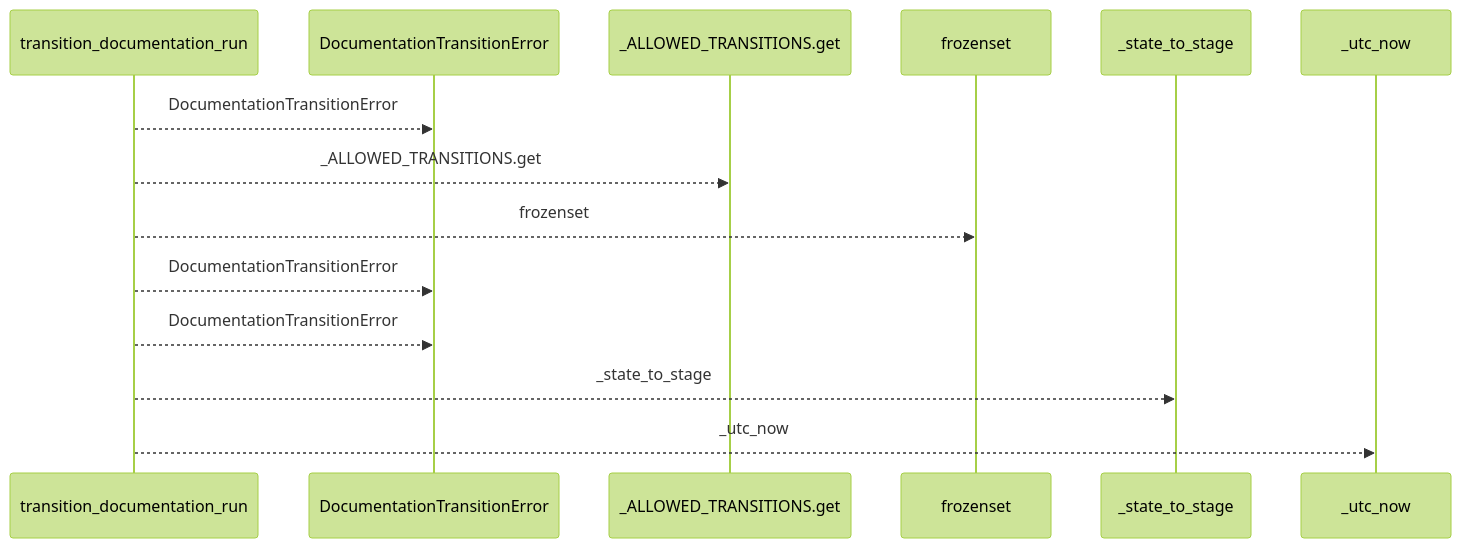
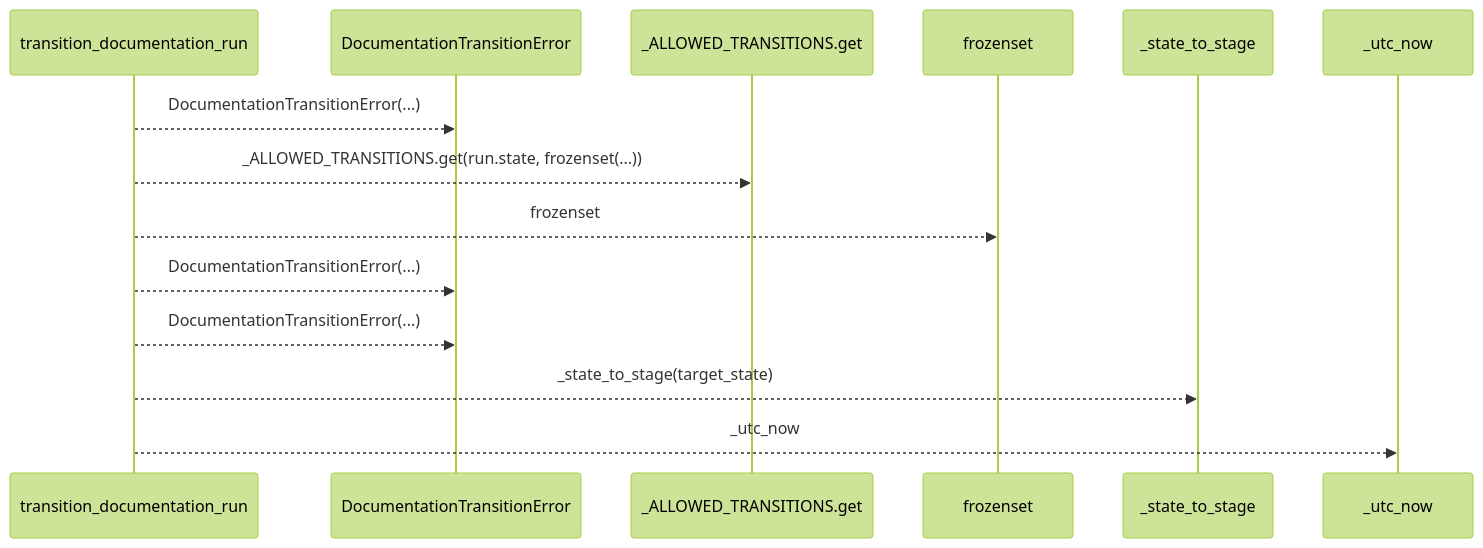
One commit to Denissvgn/python-wiki-llm changed the first of 2 diagrams in docs/llm_wiki/flows/api-transition_documentation_run.md. Above: the diagram before and after it, drawn with Mermaid (forest theme). The commit also changed other lines of this file and 1410 other files, not shown here.

````diff
--- a/docs/llm_wiki/flows/api-transition_documentation_run.md
+++ b/docs/llm_wiki/flows/api-transition_documentation_run.md
@@ -10,16 +12,16 @@
 ```mermaid
 sequenceDiagram
     participant p0 as transition_documentation_run
     participant p1 as DocumentationTransitionError
     participant p2 as _ALLOWED_TRANSITIONS.get
     participant p3 as frozenset
     participant p4 as _state_to_stage
     participant p5 as _utc_now
-    p0-->>p1: DocumentationTransitionError
-    p0-->>p2: _ALLOWED_TRANSITIONS.get
+    p0-->>p1: DocumentationTransitionError(...)
+    p0-->>p2: _ALLOWED_TRANSITIONS.get(run.state, frozenset(...))
     p0-->>p3: frozenset
-    p0-->>p1: DocumentationTransitionError
-    p0-->>p1: DocumentationTransitionError
-    p0-->>p4: _state_to_stage
+    p0-->>p1: DocumentationTransitionError(...)
+    p0-->>p1: DocumentationTransitionError(...)
+    p0-->>p4: _state_to_stage(target_state)
     p0-->>p5: _utc_now
 ```
````
